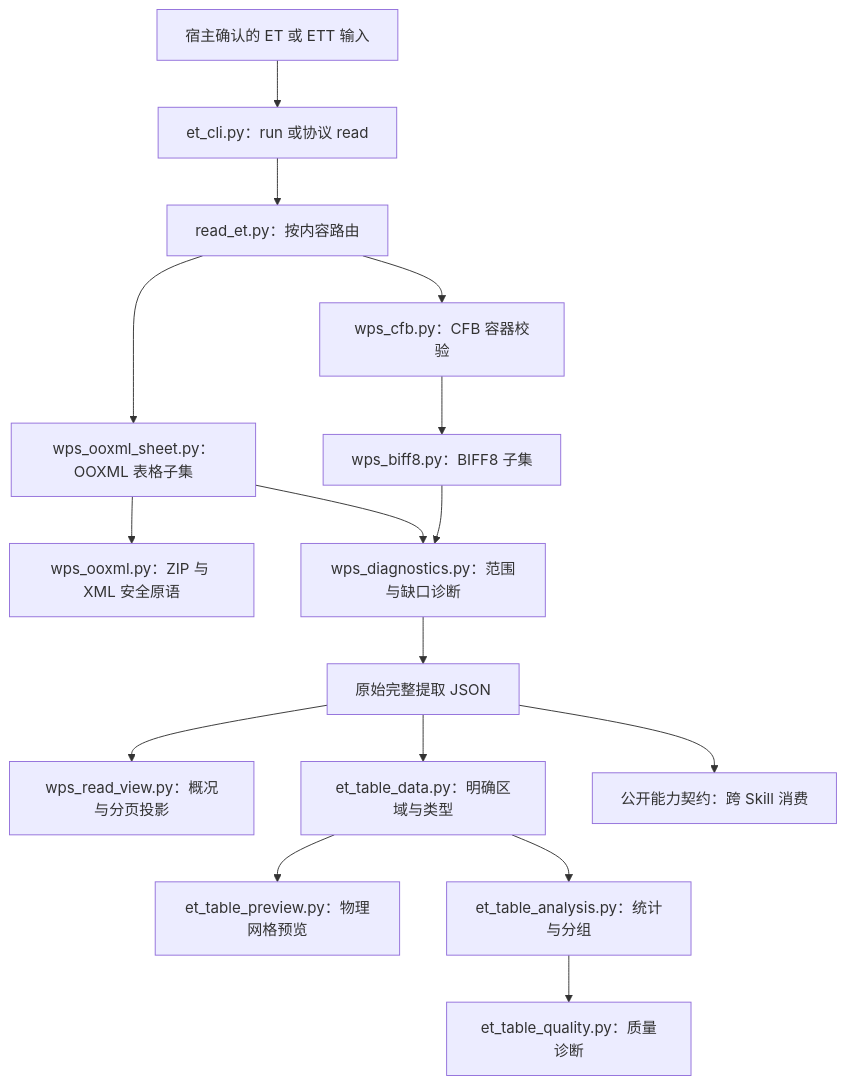
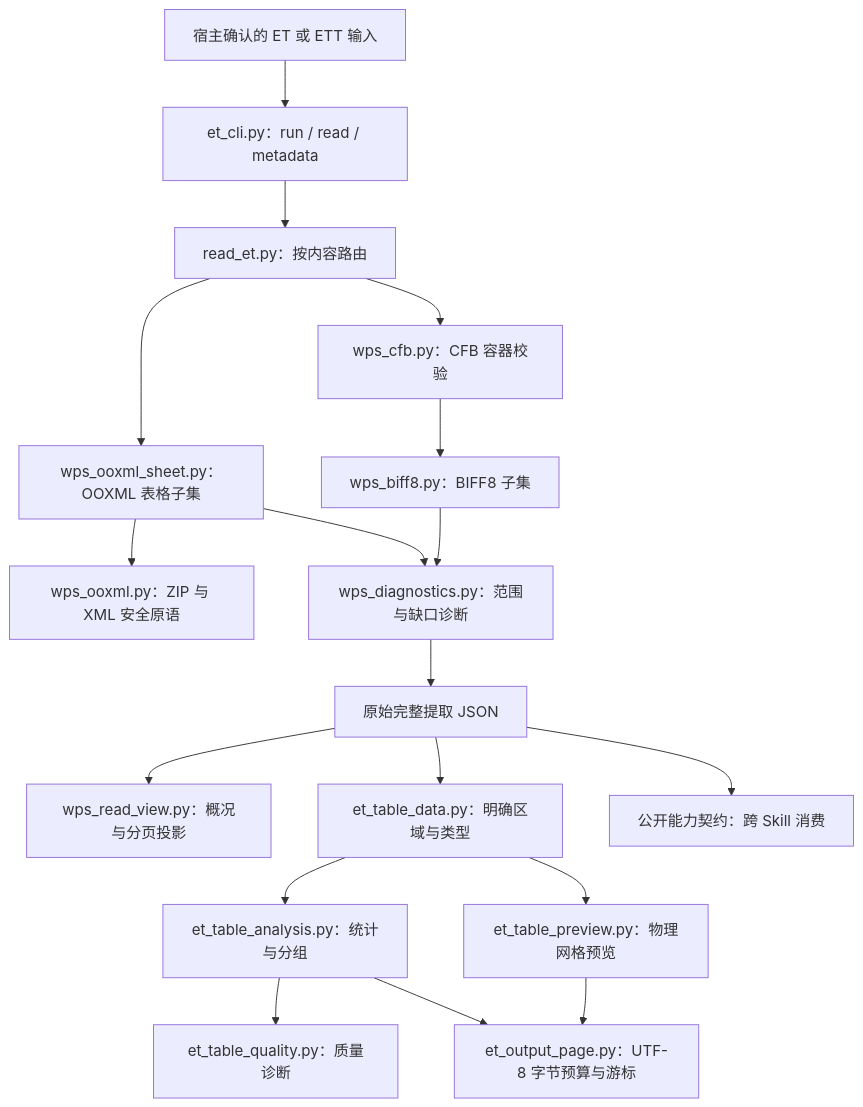
The first of 2 diagrams in docs/skills/et.md (JohnParken/PSL-SKILLS), drawn with Mermaid before and after one commit. The commit also changed other lines of this file and 17 other files, not shown here.

````diff
--- a/docs/skills/et.md
+++ b/docs/skills/et.md
@@ -18,18 +18,20 @@
 ```mermaid
 flowchart TD
-    A["宿主确认的 ET 或 ETT 输入"] --> B["et_cli.py：run 或协议 read"]
+    A["宿主确认的 ET 或 ETT 输入"] --> B["et_cli.py：run / read / metadata"]
     B --> C["read_et.py：按内容路由"]
     C --> D["wps_cfb.py：CFB 容器校验"]
     D --> E["wps_biff8.py：BIFF8 子集"]
     C --> F["wps_ooxml_sheet.py：OOXML 表格子集"]
     F --> G["wps_ooxml.py：ZIP 与 XML 安全原语"]
     E --> H["wps_diagnostics.py：范围与缺口诊断"]
     F --> H
     H --> I["原始完整提取 JSON"]
     I --> J["wps_read_view.py：概况与分页投影"]
     I --> K["et_table_data.py：明确区域与类型"]
     K --> L["et_table_preview.py：物理网格预览"]
     K --> M["et_table_analysis.py：统计与分组"]
     M --> N["et_table_quality.py：质量诊断"]
+    L --> P["et_output_page.py：UTF-8 字节预算与游标"]
+    M --> P
     I --> O["公开能力契约：跨 Skill 消费"]
 ```
````
